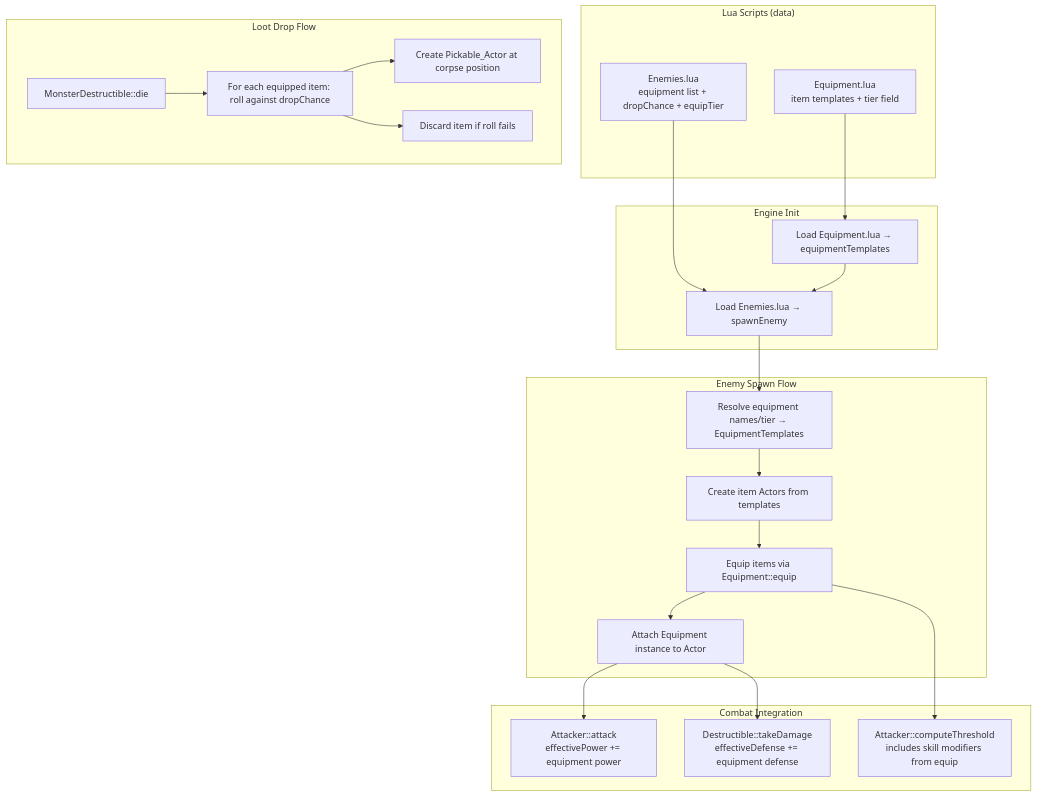
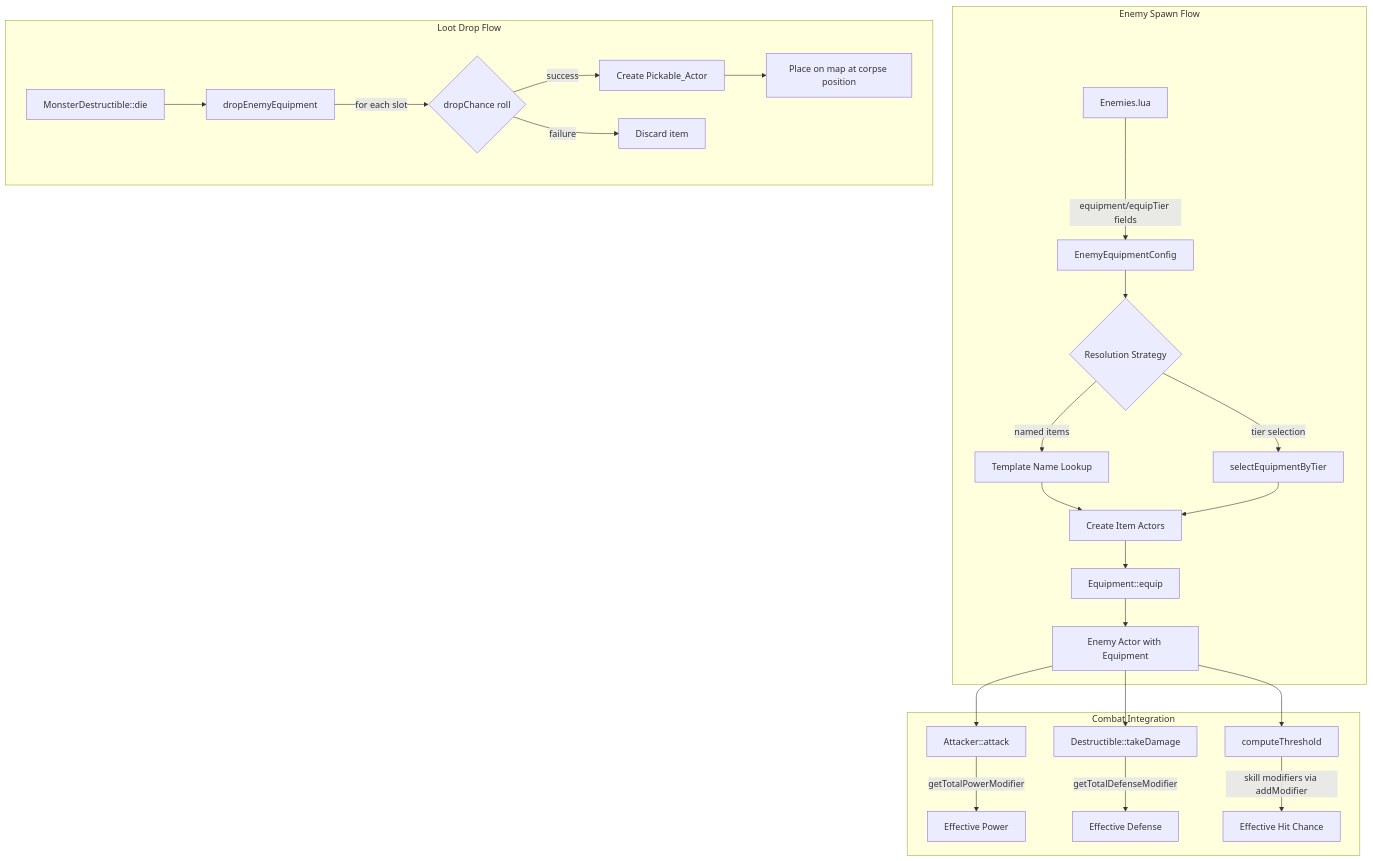
One commit to jon-lad/40kRL changed the diagram in .kiro/specs/enemy-equipment-loot/design.md. Above: the diagram before and after it, drawn with Mermaid. The commit also changed other lines of this file and 4 other files, not shown here.

````diff
--- a/.kiro/specs/enemy-equipment-loot/design.md
+++ b/.kiro/specs/enemy-equipment-loot/design.md
@@ -16,48 +26,30 @@
 ```mermaid
-flowchart TD
-    subgraph Lua["Lua Scripts (data)"]
-        EL[Equipment.lua<br/>item templates + tier field]
-        EN[Enemies.lua<br/>equipment list + dropChance + equipTier]
+graph TD
+    subgraph Enemy Spawn Flow
+        LUA[Enemies.lua] -->|equipment/equipTier fields| PARSE[EnemyEquipmentConfig]
+        PARSE --> RESOLVE{Resolution Strategy}
+        RESOLVE -->|named items| LOOKUP[Template Name Lookup]
+        RESOLVE -->|tier selection| TIER[selectEquipmentByTier]
+        LOOKUP --> CREATE[Create Item Actors]
+        TIER --> CREATE
+        CREATE --> EQUIP[Equipment::equip]
+        EQUIP --> ENEMY[Enemy Actor with Equipment]
     end
 
-    subgraph Engine["Engine Init"]
-        LOAD[Load Equipment.lua → equipmentTemplates]
-        SPAWN[Load Enemies.lua → spawnEnemy]
+    subgraph Combat Integration
+        ENEMY --> ATK[Attacker::attack]
+        ATK -->|getTotalPowerModifier| EPOWER[Effective Power]
+        ENEMY --> DEF[Destructible::takeDamage]
+        DEF -->|getTotalDefenseModifier| EDEF[Effective Defense]
+        ENEMY --> SKILL[computeThreshold]
+        SKILL -->|skill modifiers via addModifier| EHIT[Effective Hit Chance]
     end
 
-    subgraph Spawn["Enemy Spawn Flow"]
-        RESOLVE[Resolve equipment names/tier → EquipmentTemplates]
-        CREATE[Create item Actors from templates]
-        EQUIP[Equip items via Equipment::equip]
-        ATTACH[Attach Equipment instance to Actor]
+    subgraph Loot Drop Flow
+        DIE[MonsterDestructible::die] --> DROP[dropEnemyEquipment]
+        DROP -->|for each slot| ROLL{dropChance roll}
+        ROLL -->|success| SPAWN[Create Pickable_Actor]
+        ROLL -->|failure| DISCARD[Discard item]
+        SPAWN --> MAP[Place on map at corpse position]
     end
-
-    subgraph Combat["Combat Integration"]
-        ATK[Attacker::attack<br/>effectivePower += equipment power]
-        DEF[Destructible::takeDamage<br/>effectiveDefense += equipment defense]
-        SKILL[Attacker::computeThreshold<br/>includes skill modifiers from equip]
-    end
-
-    subgraph Death["Loot Drop Flow"]
-        DIE[MonsterDestructible::die]
-        EVAL[For each equipped item: roll against dropChance]
-        DROP[Create Pickable_Actor at corpse position]
-        DISCARD[Discard item if roll fails]
-    end
-
-    EL --> LOAD
-    EN --> SPAWN
-    LOAD --> SPAWN
-    SPAWN --> RESOLVE
-    RESOLVE --> CREATE
-    CREATE --> EQUIP
-    EQUIP --> ATTACH
-
-    ATTACH --> ATK
-    ATTACH --> DEF
-    EQUIP --> SKILL
-
-    DIE --> EVAL
-    EVAL --> DROP
-    EVAL --> DISCARD
 ```
````
